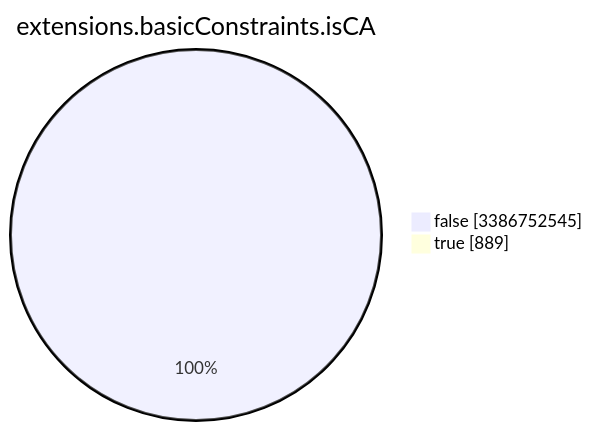
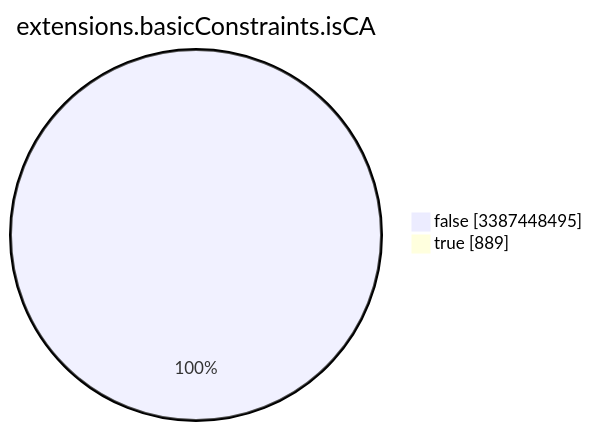
One commit to christiankrug/ctmonitor_visualization changed the seventh of 15 diagrams in TOTAL/README.md. Above: the diagram before and after it, drawn with Mermaid. The commit also changed other lines of this file, not shown here.

````diff
--- a/TOTAL/README.md
+++ b/TOTAL/README.md
@@ -3090,6 +3090,6 @@
 ```mermaid
 pie showData
 title extensions.basicConstraints.isCA
-"false" :3386752545
+"false" :3387448495
 "true" :889
 ```
````
